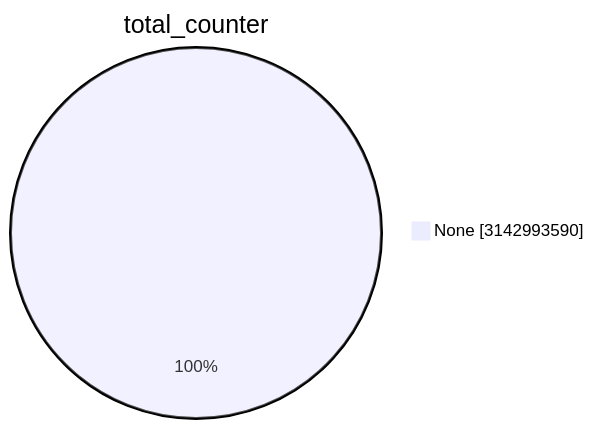
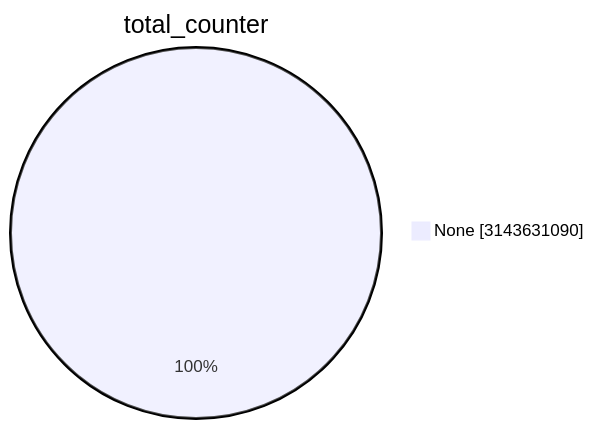
Before and after one commit to christiankrug/ctmonitor_visualization: the first of 15 diagrams in TOTAL/README.md, drawn with Mermaid. The commit also changed other lines of this file, not shown here.

````diff
--- a/TOTAL/README.md
+++ b/TOTAL/README.md
@@ -1,5 +1,5 @@
 ```mermaid
 pie showData
 title total_counter
-"None" :3142993590
+"None" :3143631090
 ```
````
